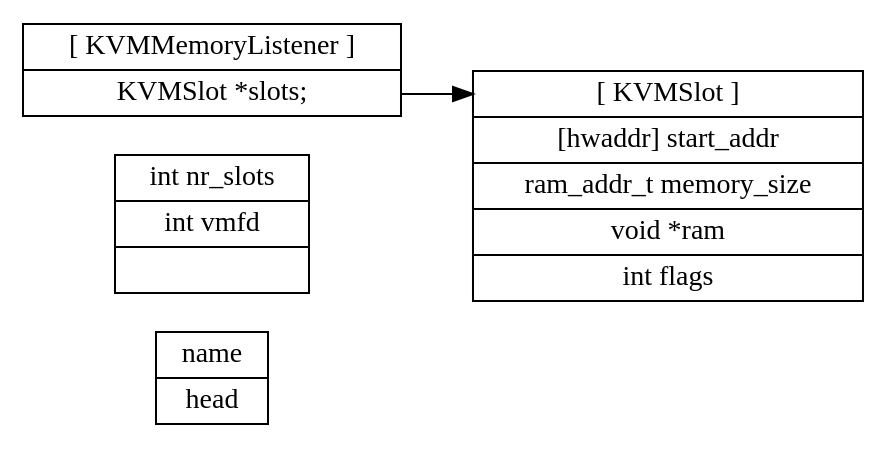
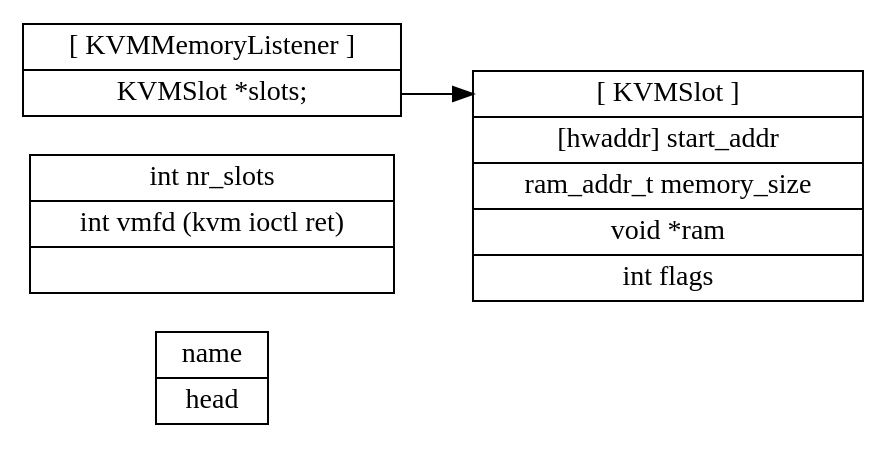
One commit to taoshaoyu/taoshaoyu-homepage changed the diagram in docs/qemu/DataType/QemuOptsList.dot. Above: the diagram before and after it, drawn with Graphviz. The commit also changed 5 other files, not shown here.

```diff
--- a/docs/qemu/DataType/QemuOptsList.dot
+++ b/docs/qemu/DataType/QemuOptsList.dot
@@ -1,39 +1,39 @@
 digraph G{ 
     
     rankdir=LR
 
     node [shape=record];
     
     CPUState [
         label="name | head"
     ]
 
     KVMState [
         label = " 
             int nr_slots |
-            int vmfd |
+            int vmfd (kvm ioctl ret) |
         "
     ]
     
     KVMSlot [
         label = "
             <f0> [ KVMSlot ] |
             [hwaddr] start_addr |
             ram_addr_t memory_size |
             void *ram |
             int flags
         "
     ]
 
     KVMMemoryListener [
         label = "
             [ KVMMemoryListener ] |
             <f0> KVMSlot *slots;
         "
     ]
 
 
     KVMMemoryListener:f0 -> KVMSlot:f0
 
 
 }
```
